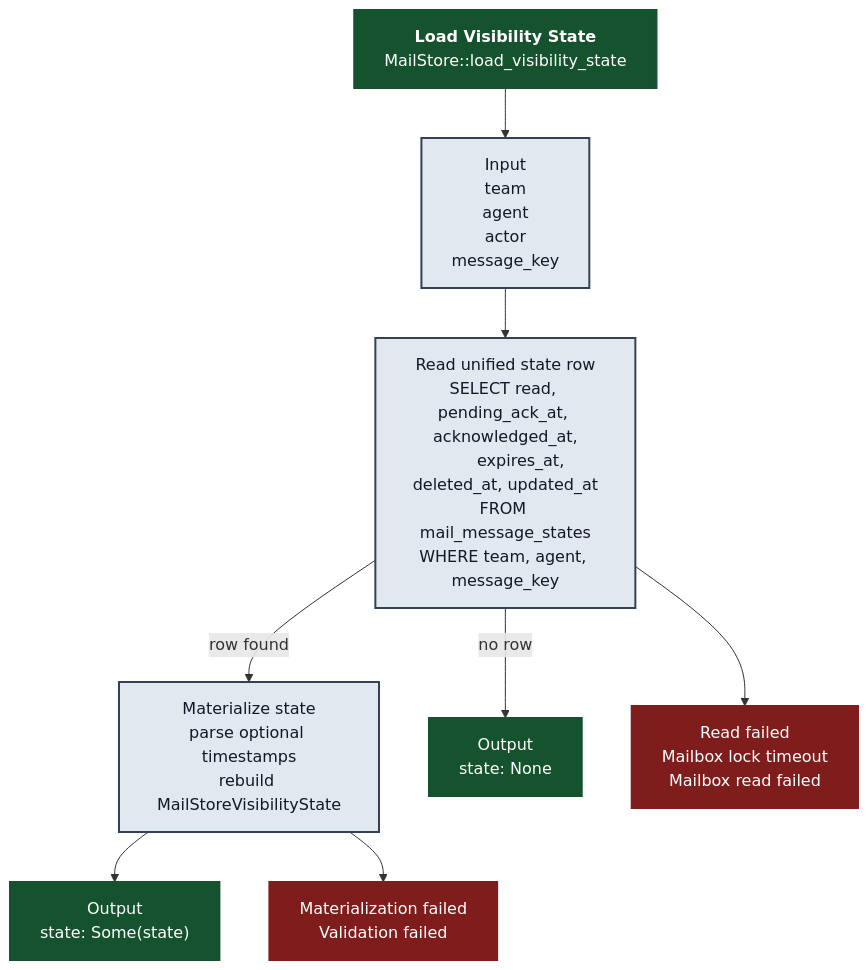
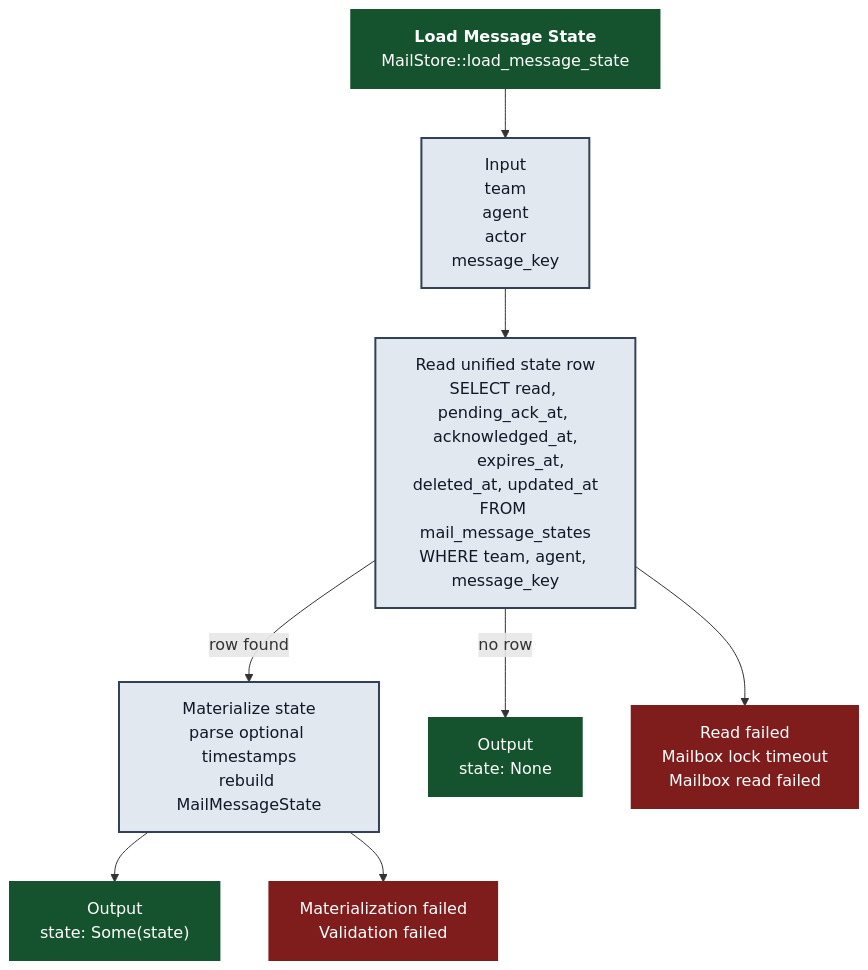
Before and after one commit to randlee/atm-core: the diagram in docs/atm-rusqlite/sql_load-visibility-state.mmd, drawn with Mermaid. The commit also changed 39 other files, not shown here.

```diff
--- a/docs/atm-rusqlite/sql_load-visibility-state.mmd
+++ b/docs/atm-rusqlite/sql_load-visibility-state.mmd
@@ -1,39 +1,39 @@
-%% title: `Load Visibility State`
-%% summary: SQLite boundary method `MailStore::load_visibility_state`.
+%% title: `Load Message State`
+%% summary: SQLite boundary method `MailStore::load_message_state`.
 %% commentary: This SQL-boundary path reads one unified `mail_message_states` row and returns `None` when no row exists.
 %% read_tables: mail_message_states
 %% write_tables:
 %% notes: reads: 1 | writes: 0 | joins: 0 | transactions: 0
 %% sets: query
 flowchart TD
-    A["<b>Load Visibility State</b><br/>MailStore::load_visibility_state"]
+    A["<b>Load Message State</b><br/>MailStore::load_message_state"]
     A --> I["Input
 team
 agent
 actor
 message_key"]
     I --> R["Read unified state row
 SELECT read, pending_ack_at, acknowledged_at,
        expires_at, deleted_at, updated_at
 FROM mail_message_states
 WHERE team, agent, message_key"]
     R -->|row found| M["Materialize state
 parse optional timestamps
-rebuild MailStoreVisibilityState"]
+rebuild MailMessageState"]
     R -->|no row| O0["Output
 state: None"]
     M --> O1["Output
 state: Some(state)"]
     R --> ER["Read failed
 Mailbox lock timeout
 Mailbox read failed"]
     M --> EM["Materialization failed
 Validation failed"]
 
     classDef happy fill:#14532d,color:#ffffff,stroke:#14532d,stroke-width:2px;
     classDef error fill:#7f1d1d,color:#ffffff,stroke:#7f1d1d,stroke-width:2px;
     classDef neutral fill:#e2e8f0,color:#111827,stroke:#334155,stroke-width:2px;
 
     class A,O0,O1 happy;
     class ER,EM error;
     class I,R,M neutral;
```
